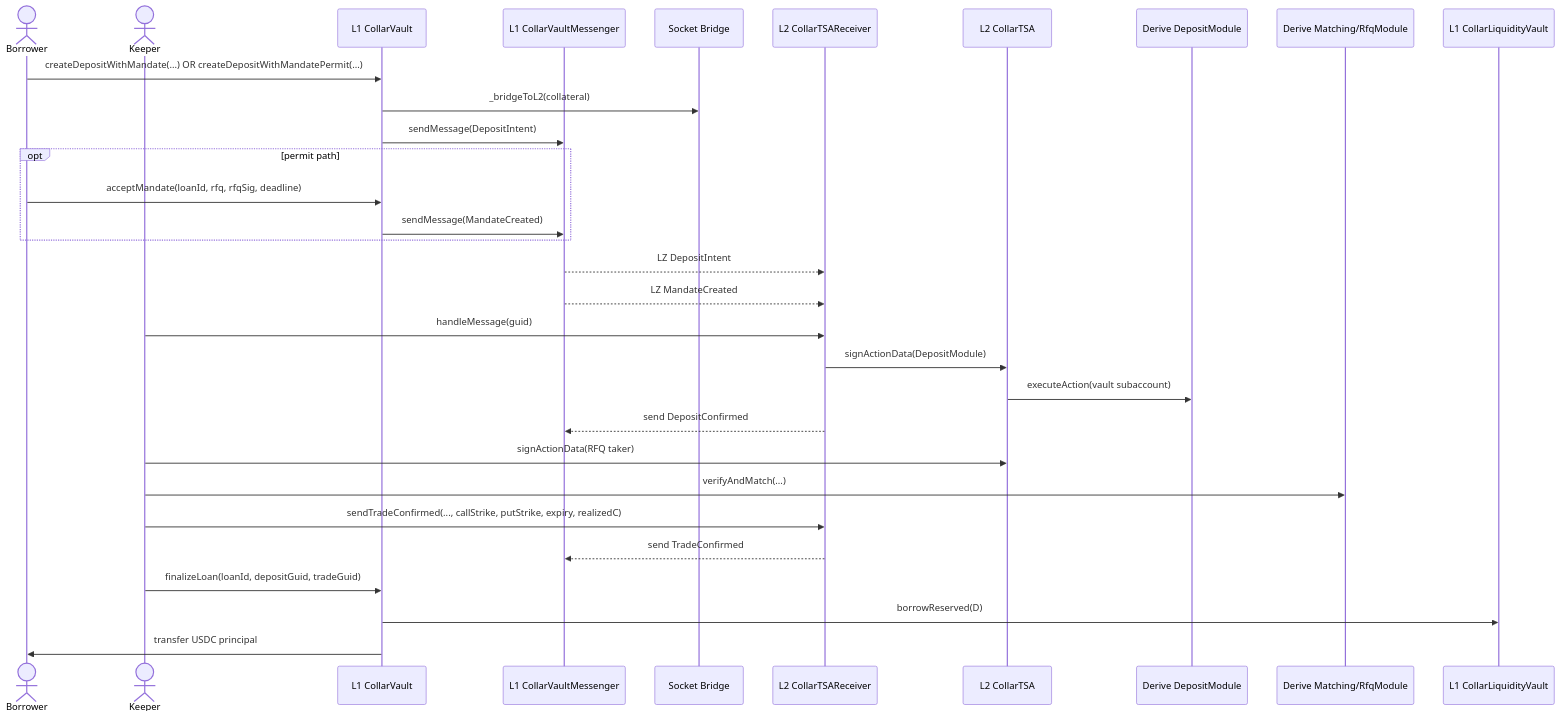
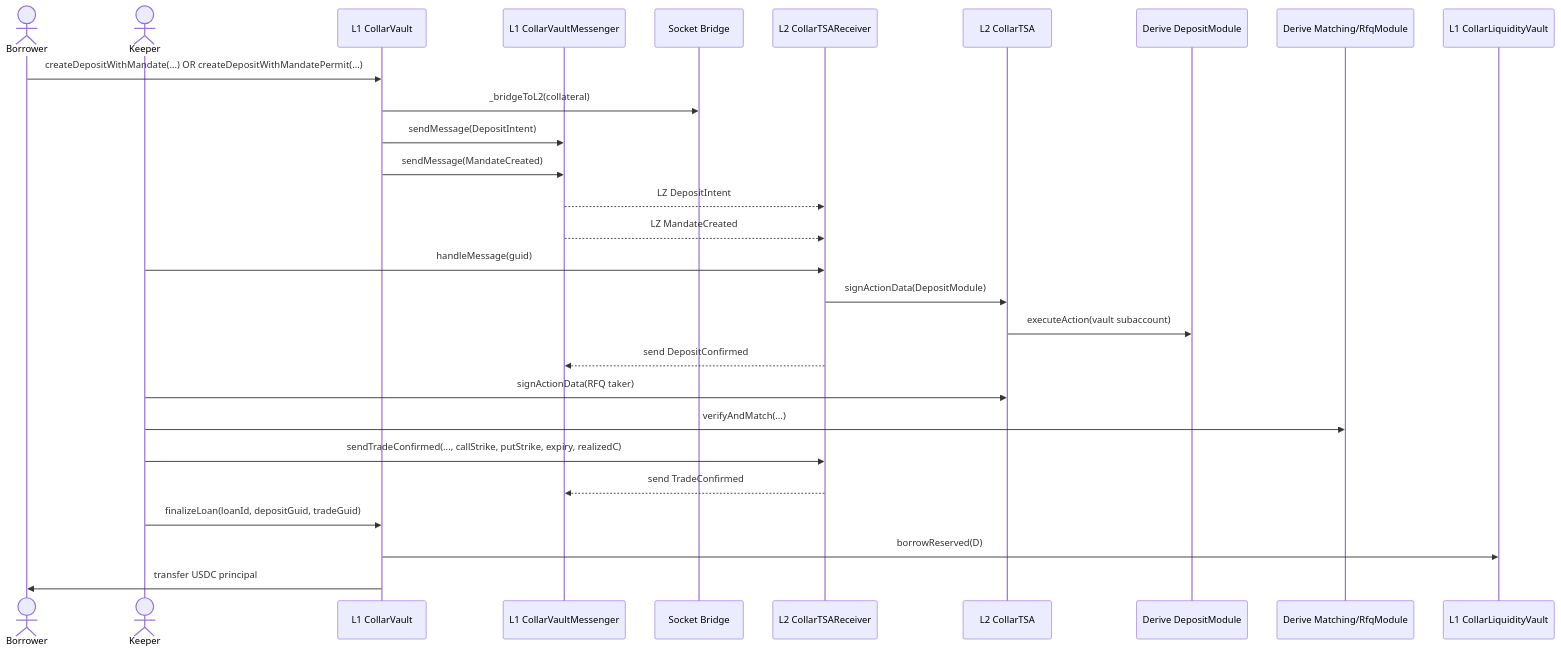
The first of 5 diagrams in docs/SPEC.md (CollarFi/contracts), drawn with Mermaid before and after one commit. The commit also changed other lines of this file and 3 other files, not shown here.

Commit message:
feat(vault): require signed mandate for permit origination

````diff
--- a/docs/SPEC.md
+++ b/docs/SPEC.md
@@ -165,34 +165,31 @@
 ```mermaid
 sequenceDiagram
   actor Borrower
   actor Keeper
   participant Vault as L1 CollarVault
   participant LZ as L1 CollarVaultMessenger
   participant Socket as Socket Bridge
   participant L2Recv as L2 CollarTSAReceiver
   participant TSA as L2 CollarTSA
   participant Deposit as Derive DepositModule
   participant Match as Derive Matching/RfqModule
   participant Liquidity as L1 CollarLiquidityVault
 
   Borrower->>Vault: createDepositWithMandate(...) OR createDepositWithMandatePermit(...)
   Vault->>Socket: _bridgeToL2(collateral)
   Vault->>LZ: sendMessage(DepositIntent)
-  opt permit path
-    Borrower->>Vault: acceptMandate(loanId, rfq, rfqSig, deadline)
-    Vault->>LZ: sendMessage(MandateCreated)
-  end
+  Vault->>LZ: sendMessage(MandateCreated)
   LZ-->>L2Recv: LZ DepositIntent
   LZ-->>L2Recv: LZ MandateCreated
   Keeper->>L2Recv: handleMessage(guid)
   L2Recv->>TSA: signActionData(DepositModule)
   TSA->>Deposit: executeAction(vault subaccount)
   L2Recv-->>LZ: send DepositConfirmed
   Keeper->>TSA: signActionData(RFQ taker)
   Keeper->>Match: verifyAndMatch(...)
   Keeper->>L2Recv: sendTradeConfirmed(..., callStrike, putStrike, expiry, realizedC)
   L2Recv-->>LZ: send TradeConfirmed
   Keeper->>Vault: finalizeLoan(loanId, depositGuid, tradeGuid)
   Vault->>Liquidity: borrowReserved(D)
   Vault->>Borrower: transfer USDC principal
 ```
````
